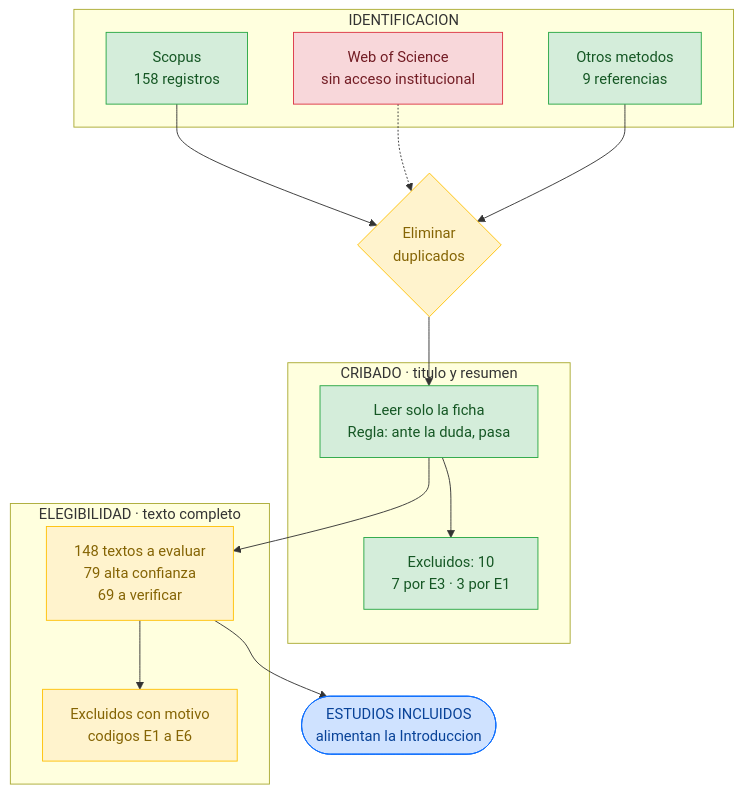
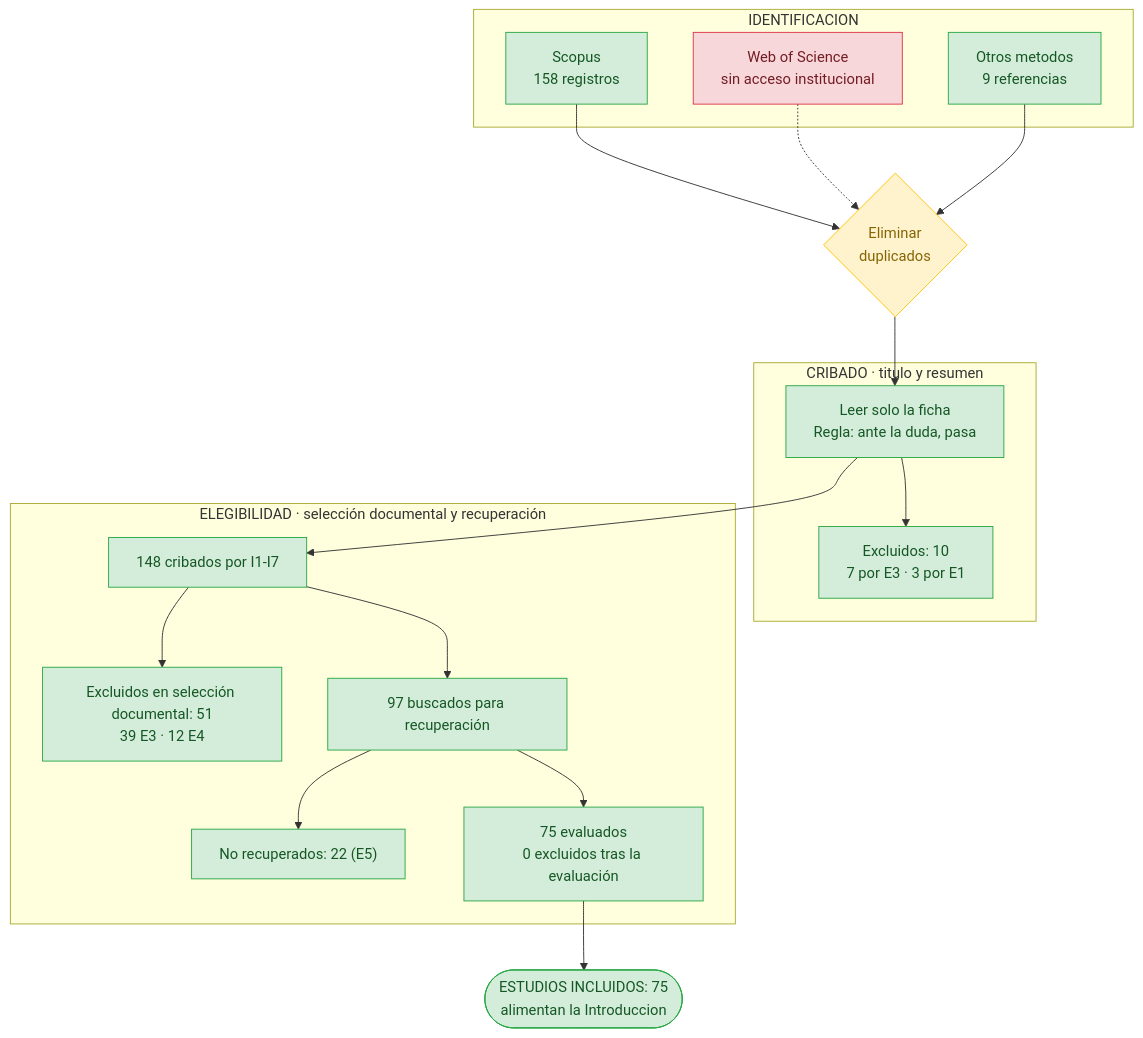
The first of 3 diagrams in TRABAJO GRUPAL/Sobre Diagramas de Flujo/02_FLUJO_PRISMA.md (agajinformatica/Vision_por_computadora), drawn with Mermaid before and after one commit. The commit also changed other lines of this file and 150 other files, not shown here.

````diff
--- a/TRABAJO GRUPAL/Sobre Diagramas de Flujo/02_FLUJO_PRISMA.md
+++ b/TRABAJO GRUPAL/Sobre Diagramas de Flujo/02_FLUJO_PRISMA.md
@@ -6,33 +6,38 @@
 ```mermaid
 flowchart TB
     subgraph ID["IDENTIFICACION"]
         I1["Scopus<br/>158 registros"]:::ok
         I2["Web of Science<br/>sin acceso institucional"]:::blocked
         I3["Otros metodos<br/>9 referencias"]:::ok
     end
 
     DUP{"Eliminar<br/>duplicados"}:::todo
     I1 --> DUP
     I2 -.-> DUP
     I3 --> DUP
 
     subgraph CRIB["CRIBADO · titulo y resumen"]
         C1["Leer solo la ficha<br/>Regla: ante la duda, pasa"]:::ok
         C2["Excluidos: 10<br/>7 por E3 · 3 por E1"]:::ok
     end
     DUP --> C1 --> C2
 
-    subgraph ELE["ELEGIBILIDAD · texto completo"]
-        E1["148 textos a evaluar<br/>79 alta confianza<br/>69 a verificar"]:::todo
-        E2["Excluidos con motivo<br/>codigos E1 a E6"]:::todo
+    subgraph ELE["ELEGIBILIDAD · selección documental y recuperación"]
+        E1["148 cribados por I1-I7"]:::ok
+        E2["Excluidos en selección documental: 51<br/>39 E3 · 12 E4"]:::ok
+        E3["97 buscados para recuperación"]:::ok
+        E4["No recuperados: 22 (E5)"]:::ok
+        E5["75 evaluados<br/>0 excluidos tras la evaluación"]:::ok
     end
-    C1 --> E1 --> E2
+    C1 --> E1 --> E3 --> E5
+    E1 --> E2
+    E3 --> E4
 
-    INC(["ESTUDIOS INCLUIDOS<br/>alimentan la Introduccion"]):::meta
-    E1 --> INC
+    INC(["ESTUDIOS INCLUIDOS: 75<br/>alimentan la Introduccion"]):::ok
+    E5 --> INC
 
     classDef ok fill:#d4edda,stroke:#28a745,color:#155724
     classDef todo fill:#fff3cd,stroke:#ffc107,color:#856404
     classDef blocked fill:#f8d7da,stroke:#dc3545,color:#721c24
     classDef meta fill:#cfe2ff,stroke:#0d6efd,color:#084298
 ```
````
